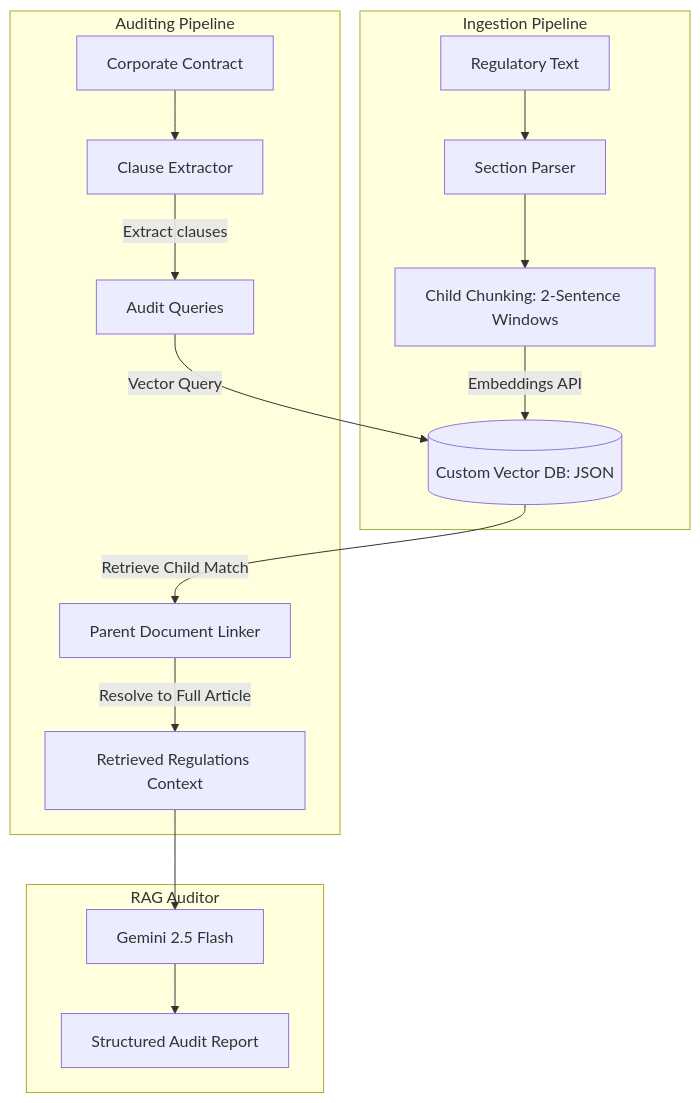
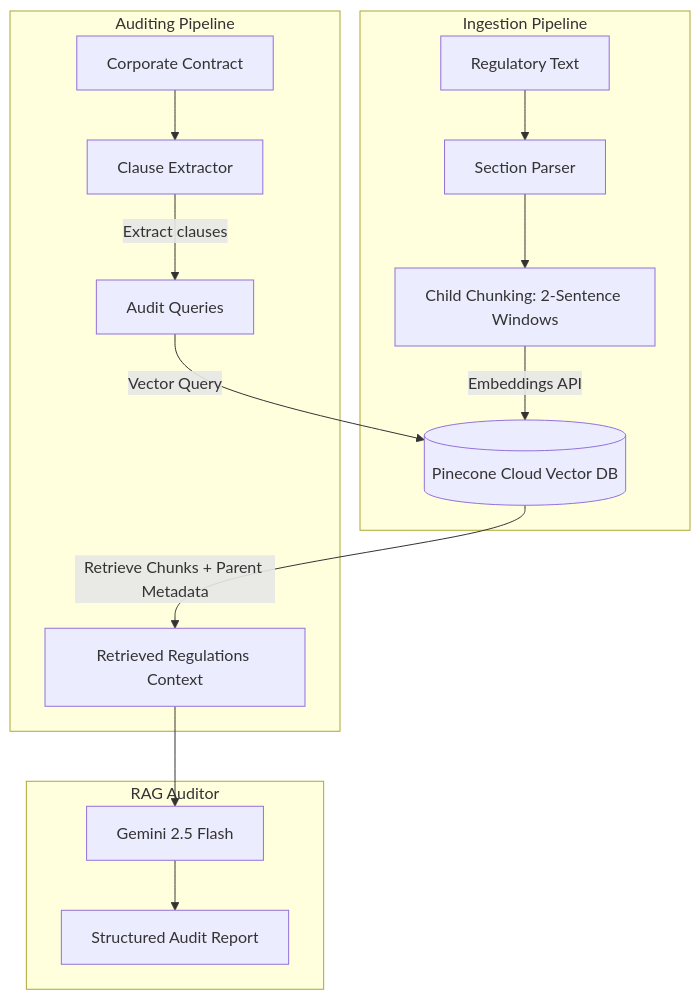
The diagram in README.md (iHanumanBhakt/DocuShield), drawn with Mermaid before and after one commit. The commit also changed other lines of this file and 7 other files, not shown here.

Commit message:
Refactor: Switch to Pinecone Cloud Vector Database with Gemini Models

````diff
--- a/README.md
+++ b/README.md
@@ -22,24 +21,23 @@
 ```mermaid
 graph TD
     %% Ingestion Pipeline
     subgraph Ingestion [Ingestion Pipeline]
         A[Regulatory Text] --> B[Section Parser]
         B --> C[Child Chunking: 2-Sentence Windows]
-        C -->|Embeddings API| D[(Custom Vector DB: JSON)]
+        C -->|Embeddings API| D[(Pinecone Cloud Vector DB)]
     end
 
     %% Auditing Pipeline
     subgraph Auditing [Auditing Pipeline]
         E[Corporate Contract] --> F[Clause Extractor]
         F -->|Extract clauses| G[Audit Queries]
         G -->|Vector Query| D
-        D -->|Retrieve Child Match| H[Parent Document Linker]
-        H -->|Resolve to Full Article| I[Retrieved Regulations Context]
+        D -->|Retrieve Chunks + Parent Metadata| I[Retrieved Regulations Context]
     end
 
     %% RAG Verification
     subgraph RAG [RAG Auditor]
         I --> J[Gemini 2.5 Flash]
         J --> K[Structured Audit Report]
     end
 ```
````
